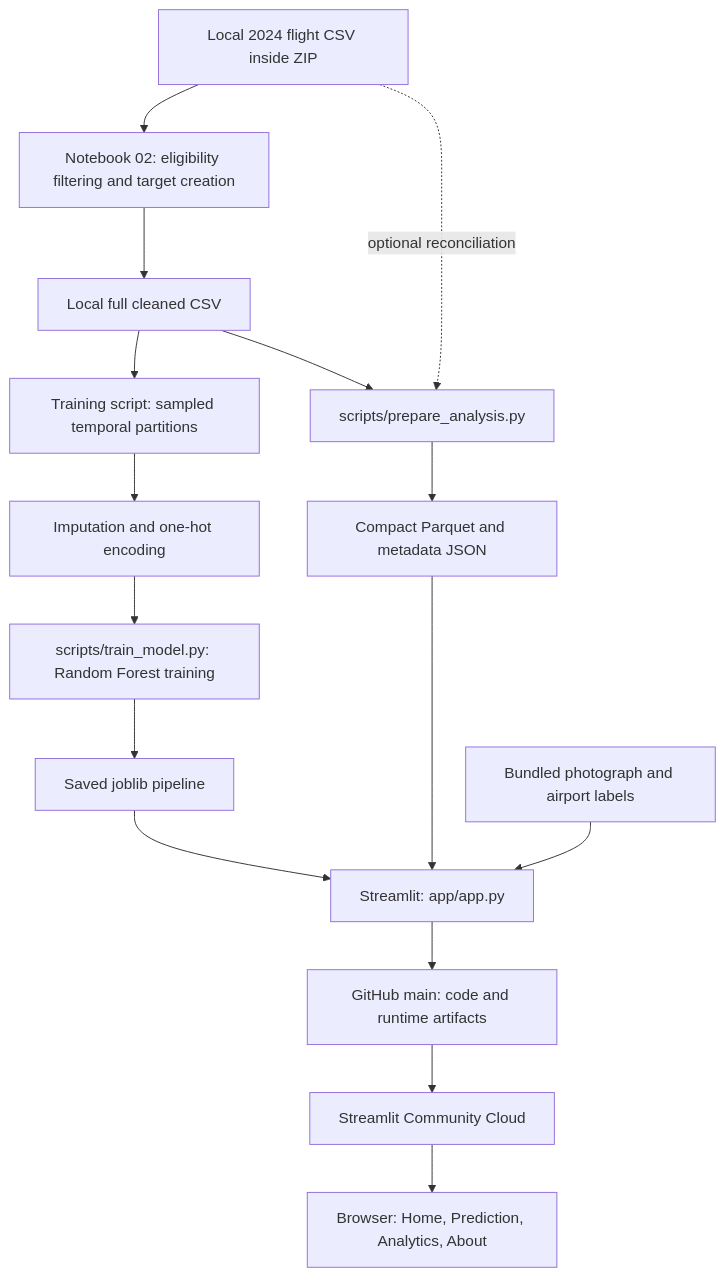
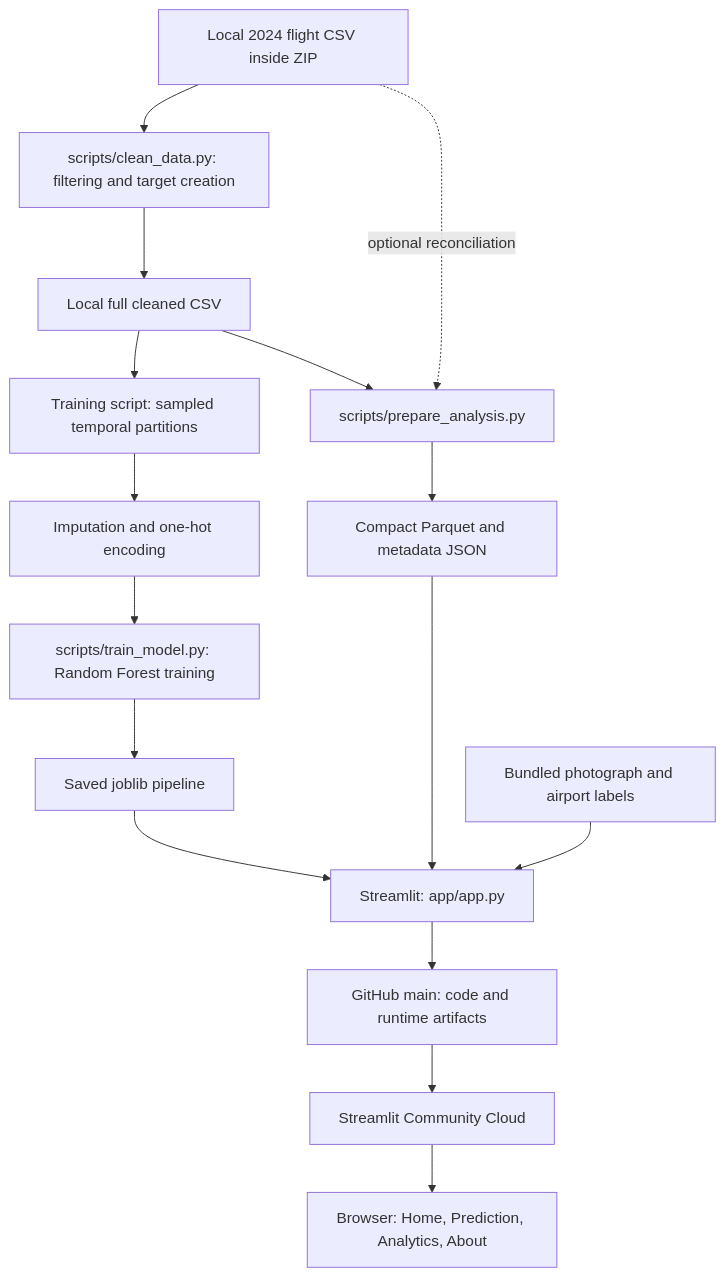
The diagram in README.md (meraahhh/Flight_Delay_Prediction), drawn with Mermaid before and after one commit. The commit also changed other lines of this file and 1 other file, not shown here.

````diff
--- a/README.md
+++ b/README.md
@@ -18,18 +18,18 @@
 ```mermaid
 flowchart TD
-    RAW[Local 2024 flight CSV inside ZIP] --> CLEAN[Notebook 02: eligibility filtering and target creation]
+    RAW[Local 2024 flight CSV inside ZIP] --> CLEAN[scripts/clean_data.py: filtering and target creation]
     CLEAN --> CSV[Local full cleaned CSV]
     CSV --> SAMPLE[Training script: sampled temporal partitions]
     SAMPLE --> PREP[Imputation and one-hot encoding]
     PREP --> TRAIN[scripts/train_model.py: Random Forest training]
     TRAIN --> MODEL[Saved joblib pipeline]
     CSV --> BUILD[scripts/prepare_analysis.py]
     RAW -. optional reconciliation .-> BUILD
     BUILD --> ANALYSIS[Compact Parquet and metadata JSON]
     MODEL --> APP[Streamlit: app/app.py]
     ANALYSIS --> APP
     ASSETS[Bundled photograph and airport labels] --> APP
     APP --> GIT[GitHub main: code and runtime artifacts]
     GIT --> CLOUD[Streamlit Community Cloud]
     CLOUD --> USER[Browser: Home, Prediction, Analytics, About]
 ```
````
